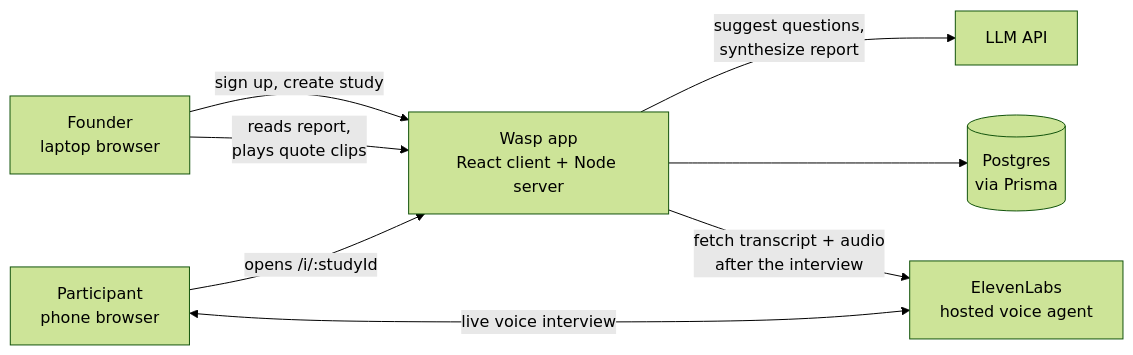
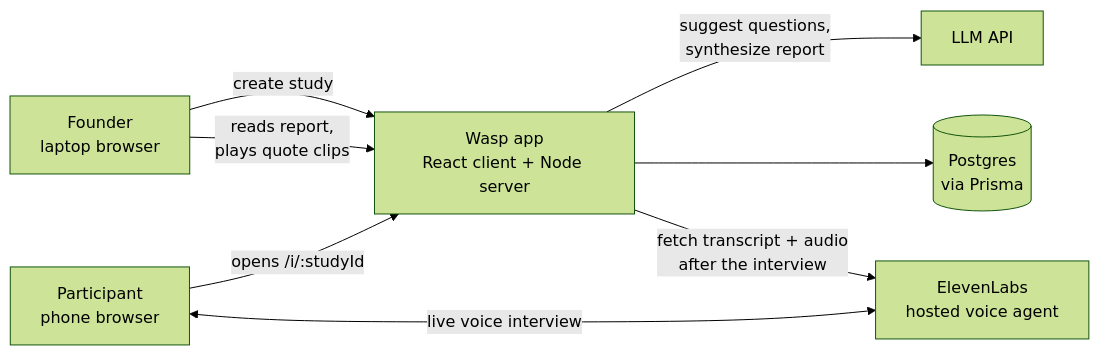
One commit to rickytang666/mira changed the first of 3 diagrams in docs/TECH.md. Above: the diagram before and after it, drawn with Mermaid (forest theme). The commit also changed other lines of this file, not shown here.

````diff
--- a/docs/TECH.md
+++ b/docs/TECH.md
@@ -9,10 +9,10 @@
 ```mermaid
 flowchart LR
-  F[Founder<br/>laptop browser] -->|sign up, create study| W[Wasp app<br/>React client + Node server]
+  F[Founder<br/>laptop browser] -->|create study| W[Wasp app<br/>React client + Node server]
   W -->|suggest questions,<br/>synthesize report| L[LLM API]
   W --> DB[(Postgres<br/>via Prisma)]
   P[Participant<br/>phone browser] -->|opens /i/:studyId| W
   P <-->|live voice interview| E[ElevenLabs<br/>hosted voice agent]
   W -->|fetch transcript + audio<br/>after the interview| E
   F -->|reads report,<br/>plays quote clips| W
 ```
````
